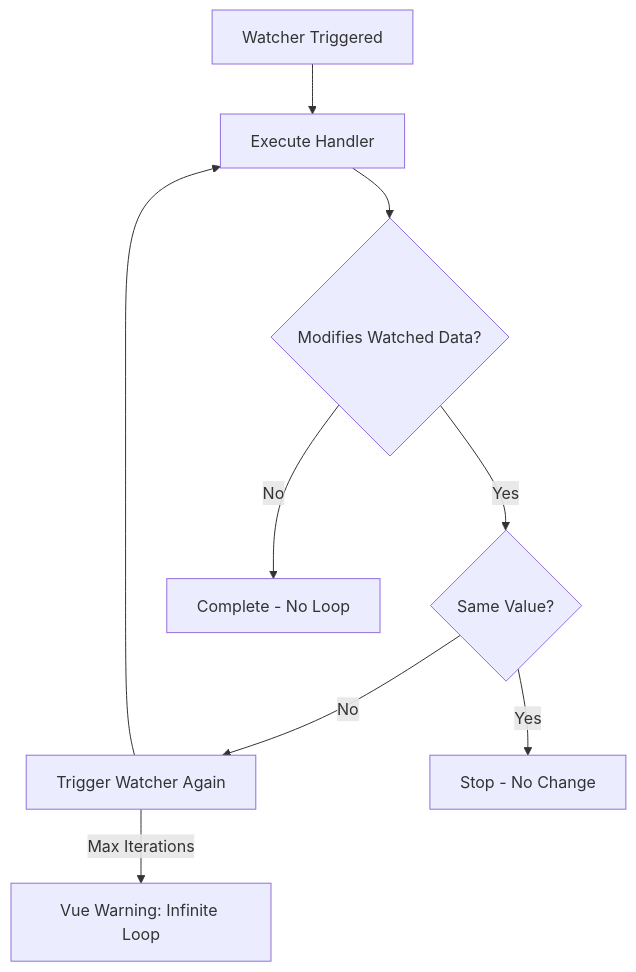
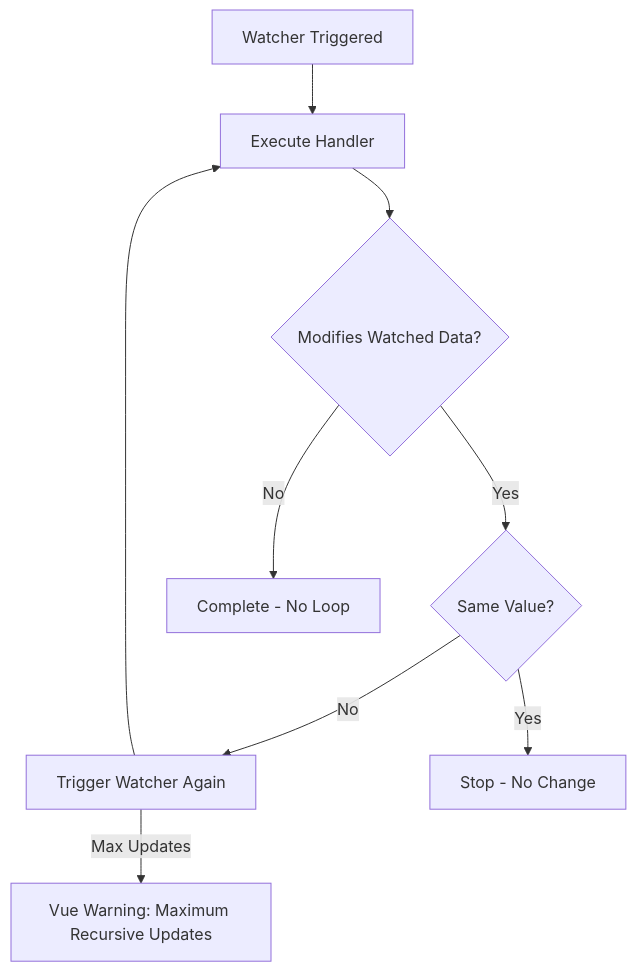
The first of 3 diagrams in posts/2026-01-24-vue-watcher-infinite-loop/README.md (OneUptime/blog), drawn with Mermaid before and after one commit. The commit also changed other lines of this file and 876 other files, not shown here.

````diff
--- a/posts/2026-01-24-vue-watcher-infinite-loop/README.md
+++ b/posts/2026-01-24-vue-watcher-infinite-loop/README.md
@@ -30,11 +30,11 @@
 ```mermaid
 flowchart TD
     A[Watcher Triggered] --> B[Execute Handler]
     B --> C{Modifies Watched Data?}
     C -->|Yes| D{Same Value?}
     D -->|No| E[Trigger Watcher Again]
     E --> B
     D -->|Yes| F[Stop - No Change]
     C -->|No| G[Complete - No Loop]
-    E -->|Max Iterations| H[Vue Warning: Infinite Loop]
+    E -->|Max Updates| H[Vue Warning: Maximum Recursive Updates]
 ```
````
